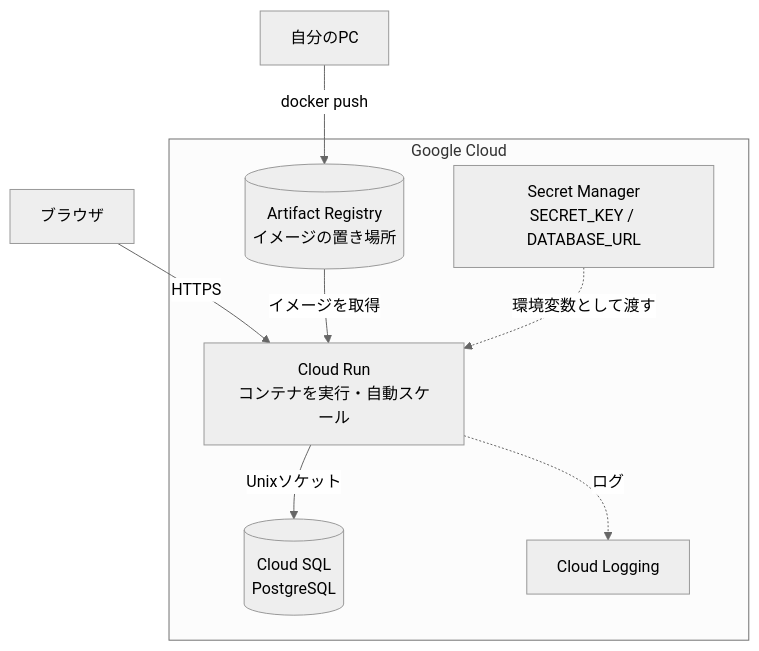
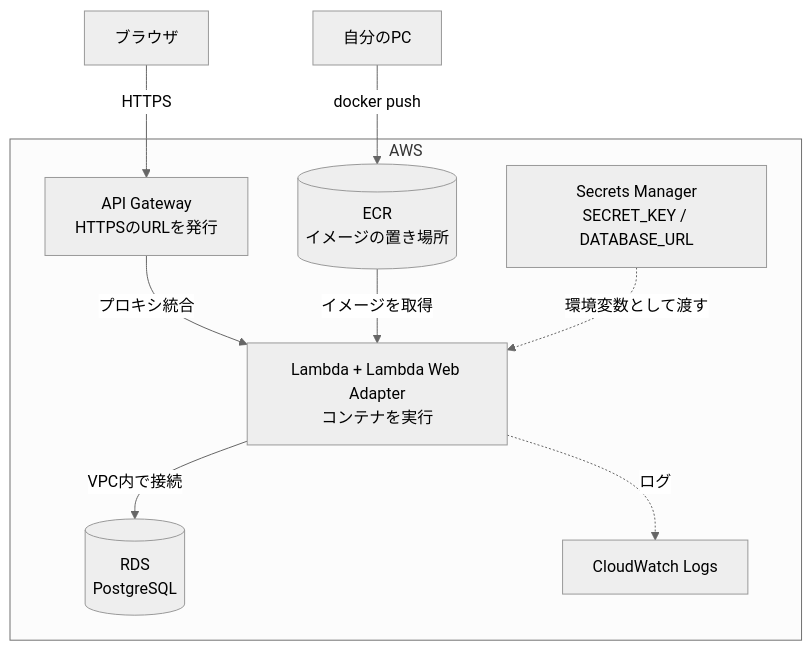
Before and after one commit to NaotoInazawa/become-a-engineer: the first of 3 diagrams in phases/phase-11-cloud/README.md, drawn with Mermaid (neutral theme). The commit also changed other lines of this file and 85 other files, not shown here.

````diff
--- a/phases/phase-11-cloud/README.md
+++ b/phases/phase-11-cloud/README.md
@@ -31,11 +40,12 @@
 ```mermaid
 flowchart TB
-    Dev[自分のPC] -- docker push --> AR[(Artifact Registry<br>イメージの置き場所)]
-    B[ブラウザ] -- HTTPS --> CR
-    subgraph GCP[Google Cloud]
-        AR -- イメージを取得 --> CR[Cloud Run<br>コンテナを実行・自動スケール]
-        SM[Secret Manager<br>SECRET_KEY / DATABASE_URL] -. 環境変数として渡す .-> CR
-        CR -- Unixソケット --> SQL[(Cloud SQL<br>PostgreSQL)]
-        CR -. ログ .-> LOG[Cloud Logging]
+    Dev[自分のPC] -- docker push --> ECR[(ECR<br>イメージの置き場所)]
+    B[ブラウザ] -- HTTPS --> APIGW
+    subgraph AWS[AWS]
+        APIGW[API Gateway<br>HTTPSのURLを発行] -- プロキシ統合 --> LAM
+        ECR -- イメージを取得 --> LAM[Lambda + Lambda Web Adapter<br>コンテナを実行]
+        SM[Secrets Manager<br>SECRET_KEY / DATABASE_URL] -. 環境変数として渡す .-> LAM
+        LAM -- VPC内で接続 --> RDS[(RDS<br>PostgreSQL)]
+        LAM -. ログ .-> LOG[CloudWatch Logs]
     end
 ```
````
